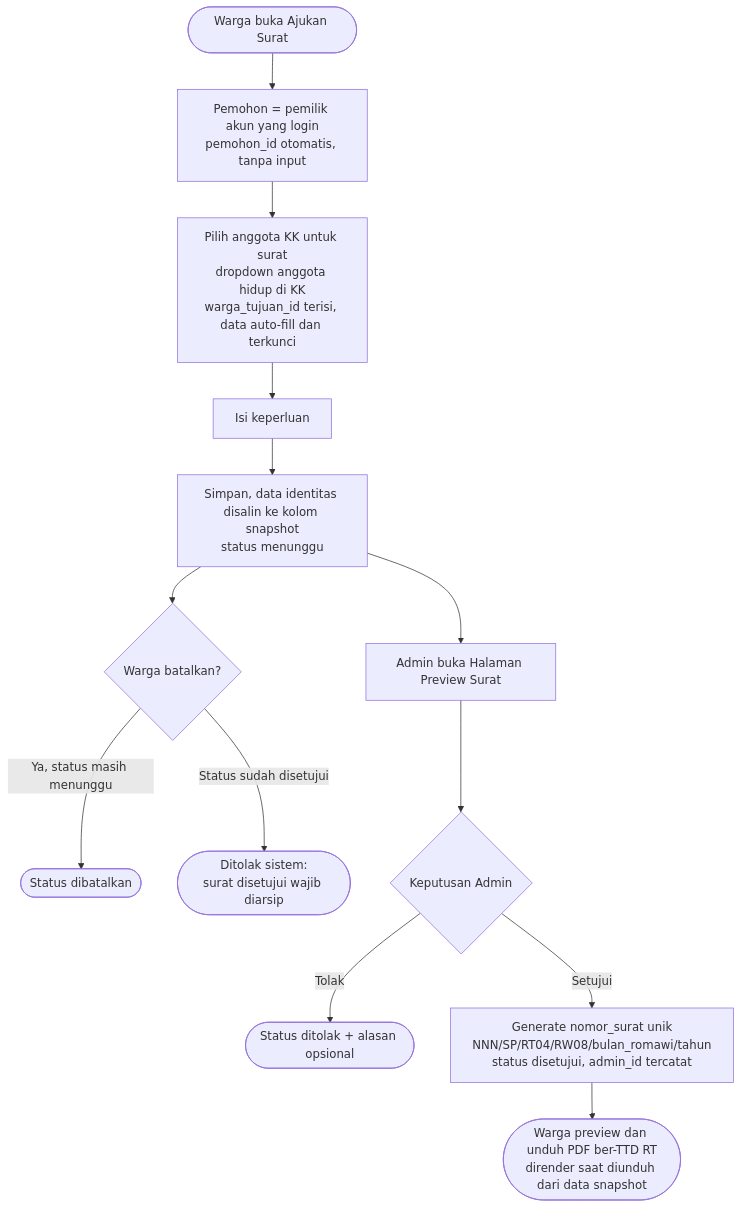
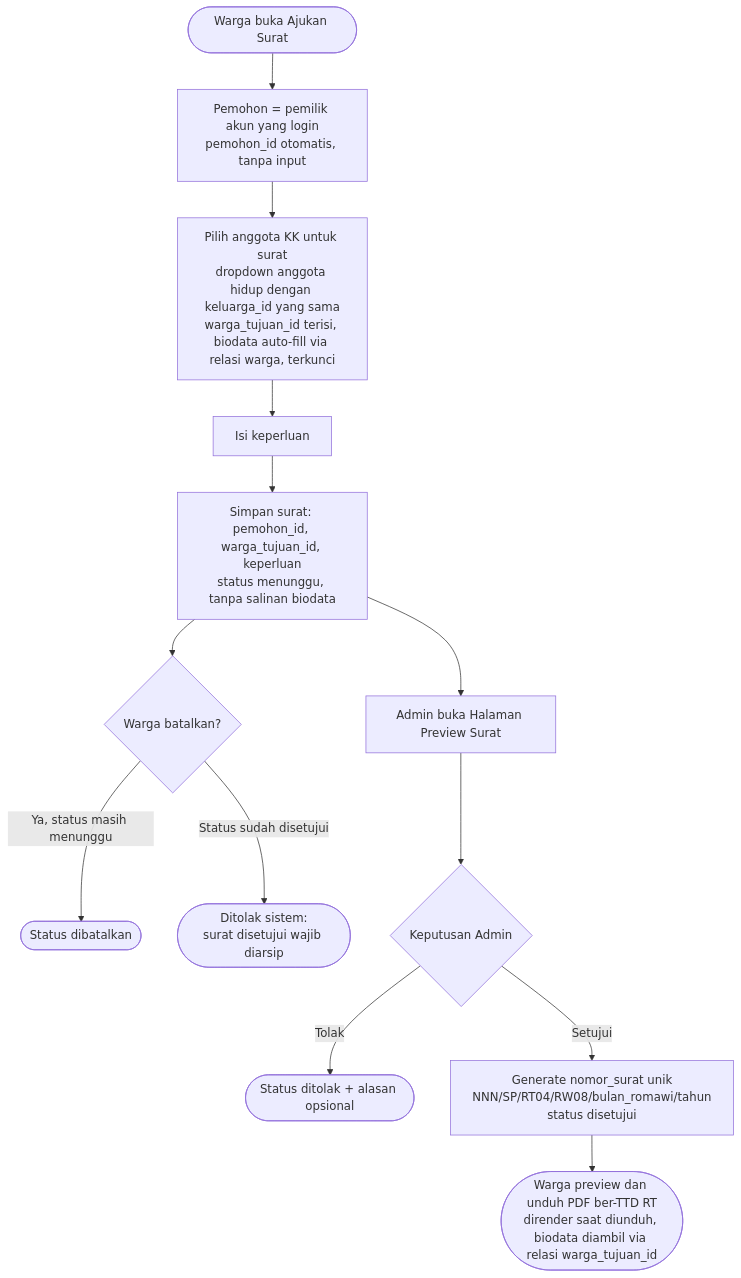
The tenth of 11 diagrams in Diagram_Arsitektur_Workflow_WargaKu.md (MUMUHR/WargaKu), drawn with Mermaid before and after one commit. The commit also changed other lines of this file and 29 other files, not shown here.

````diff
--- a/Diagram_Arsitektur_Workflow_WargaKu.md
+++ b/Diagram_Arsitektur_Workflow_WargaKu.md
@@ -359,17 +367,17 @@
 ```mermaid
 flowchart TD
     Start(["Warga buka Ajukan Surat"]) --> Pemohon["Pemohon = pemilik akun yang login<br/>pemohon_id otomatis, tanpa input"]
-    Pemohon --> Tujuan["Pilih anggota KK untuk surat<br/>dropdown anggota hidup di KK<br/>warga_tujuan_id terisi, data auto-fill dan terkunci"]
+    Pemohon --> Tujuan["Pilih anggota KK untuk surat<br/>dropdown anggota hidup dengan keluarga_id yang sama<br/>warga_tujuan_id terisi, biodata auto-fill via relasi warga, terkunci"]
     Tujuan --> Kep["Isi keperluan"]
-    Kep --> Simpan["Simpan, data identitas disalin ke kolom snapshot<br/>status menunggu"]
+    Kep --> Simpan["Simpan surat: pemohon_id, warga_tujuan_id, keperluan<br/>status menunggu, tanpa salinan biodata"]
 
     Simpan --> Batal{"Warga batalkan?"}
     Batal -- "Ya, status masih menunggu" --> Dibatal(["Status dibatalkan"])
     Batal -- "Status sudah disetujui" --> Blok(["Ditolak sistem:<br/>surat disetujui wajib diarsip"])
 
     Simpan --> Preview["Admin buka Halaman Preview Surat"]
     Preview --> Putus{"Keputusan Admin"}
     Putus -- "Tolak" --> Tolak(["Status ditolak + alasan opsional"])
-    Putus -- "Setujui" --> NoSurat["Generate nomor_surat unik<br/>NNN/SP/RT04/RW08/bulan_romawi/tahun<br/>status disetujui, admin_id tercatat"]
-    NoSurat --> Unduh(["Warga preview dan unduh PDF ber-TTD RT<br/>dirender saat diunduh dari data snapshot"])
+    Putus -- "Setujui" --> NoSurat["Generate nomor_surat unik<br/>NNN/SP/RT04/RW08/bulan_romawi/tahun<br/>status disetujui"]
+    NoSurat --> Unduh(["Warga preview dan unduh PDF ber-TTD RT<br/>dirender saat diunduh, biodata diambil via relasi warga_tujuan_id"])
 ```
````
